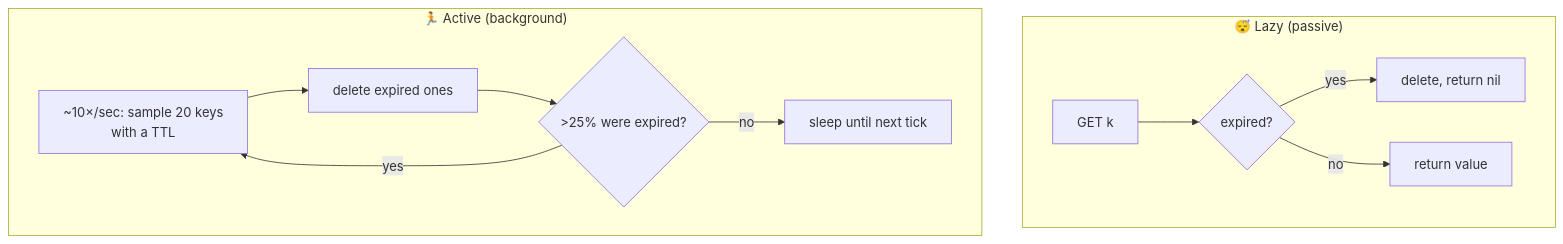
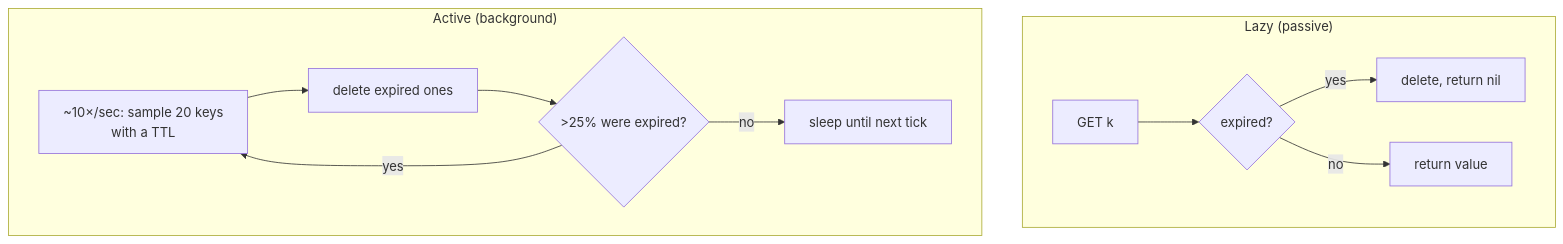
One commit to jamal474/slides changed diagram 14 of 53 in src/redis.md. Above: the diagram before and after it, drawn with Mermaid. The commit also changed other lines of this file, not shown here.

````diff
--- a/src/redis.md
+++ b/src/redis.md
@@ -837,16 +834,16 @@
 ```mermaid
 flowchart TB
-  subgraph Lazy["😴 Lazy (passive)"]
+  subgraph Lazy["Lazy (passive)"]
     direction LR
     G["GET k"] --> C{"expired?"}
     C -- yes --> D["delete, return nil"]
     C -- no --> V["return value"]
   end
-  subgraph Active["🏃 Active (background)"]
+  subgraph Active["Active (background)"]
     direction LR
     S["~10×/sec: sample 20 keys<br/>with a TTL"] --> E["delete expired ones"]
     E --> Q{">25% were expired?"}
     Q -- yes --> S
     Q -- no --> Z["sleep until next tick"]
   end
 ```
````
